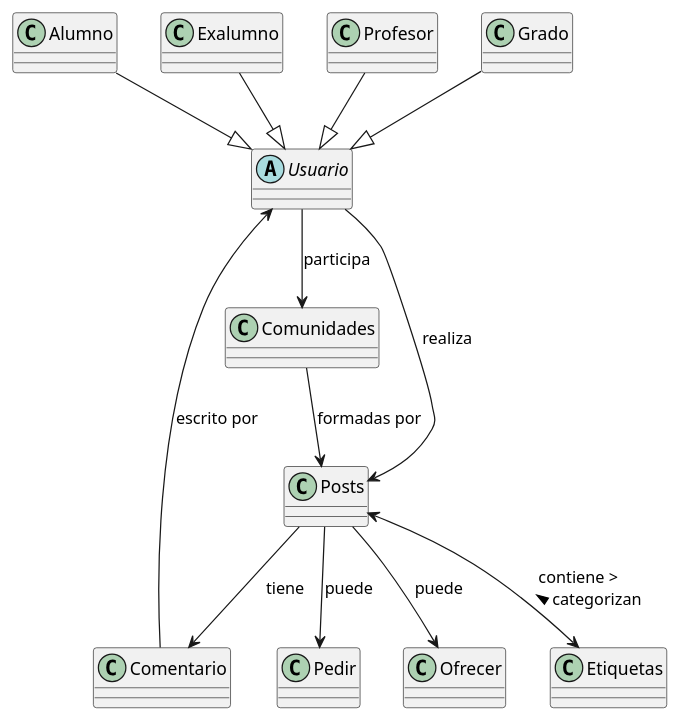
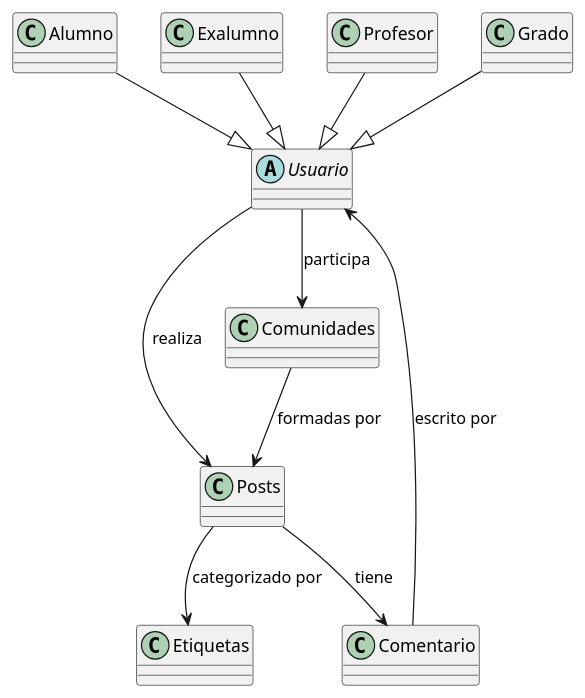
One commit to mmasias/24-25-IdSw1-SDR changed the diagram in modelosUML/Diagrama_Entidades.puml. Above: the diagram before and after it, drawn with PlantUML.

Commit message:
Update Diagrama_Entidades.puml
Desechadas Entidades al posiblemente no ser suficientemente relevantes como entidades separadas. sino como clasificación o tags de posts

```diff
--- a/modelosUML/Diagrama_Entidades.puml
+++ b/modelosUML/Diagrama_Entidades.puml
@@ -1,29 +1,25 @@
 @startuml
 abstract class Usuario
 class Alumno
 class Exalumno
 class Profesor
 class Grado
 class Posts
 class Comunidades
 class Etiquetas
 class Comentario
-class "Pedir"
-class "Ofrecer"
 
 ' Relaciones de herencia
 Alumno --|> Usuario
 Exalumno --|> Usuario
 Profesor --|> Usuario
 Grado --|> Usuario
 
 ' Relaciones entre clases
 Usuario --> Posts : realiza
 Usuario --> Comunidades : participa
 Comunidades --> Posts : formadas por
-Posts --> "Pedir" : puede
-Posts --> "Ofrecer" : puede
-Posts <--> Etiquetas : "contiene >     \n< categorizan"
+Posts --> Etiquetas : categorizado por
 Posts --> Comentario : tiene
 Comentario --> Usuario : escrito por
 @enduml
```
